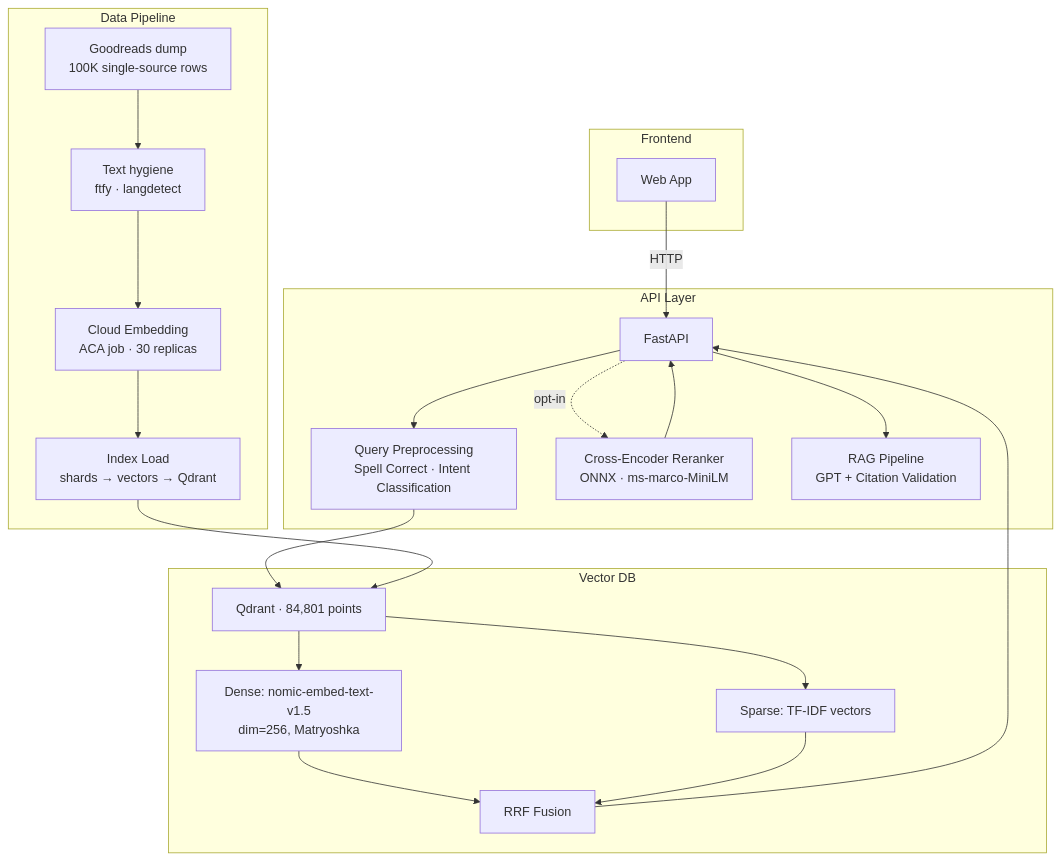
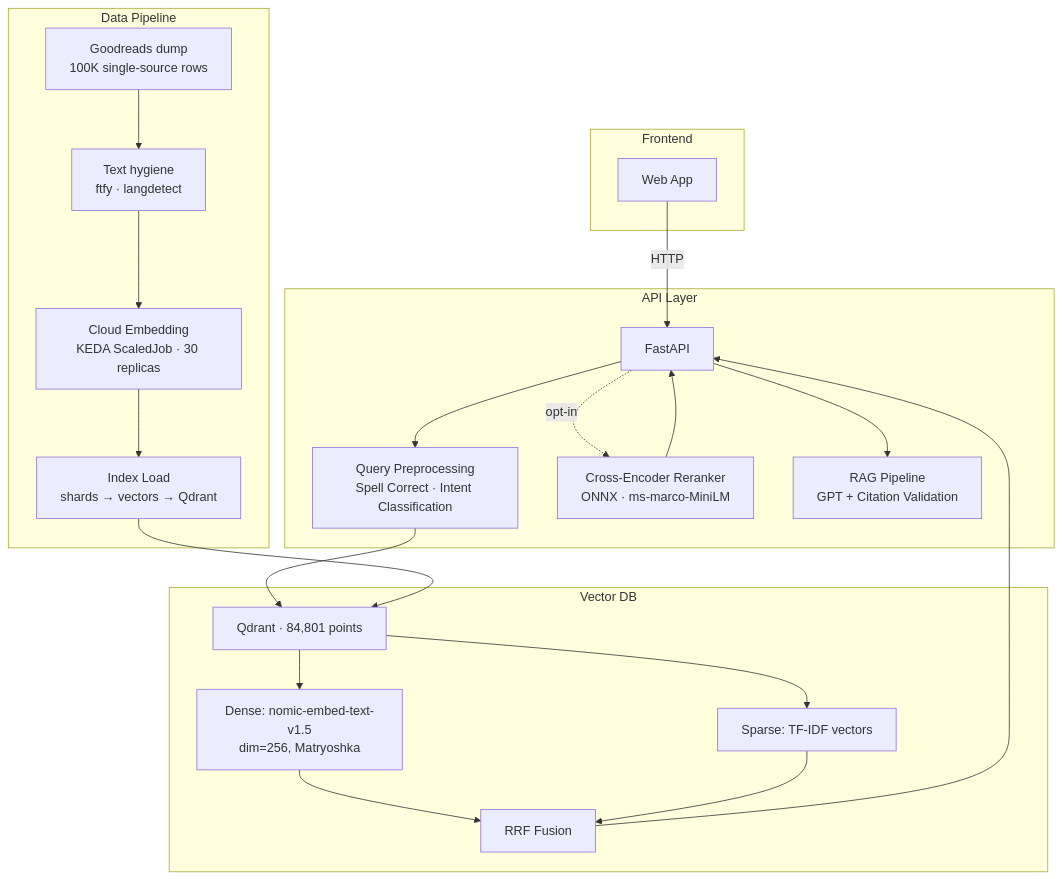
The first of 4 diagrams in README.md (TruaShamu/ai-search), drawn with Mermaid before and after one commit. The commit also changed other lines of this file and 25 other files, not shown here.

````diff
--- a/README.md
+++ b/README.md
@@ -17,36 +17,36 @@
 ```mermaid
 graph TD
     subgraph Frontend
         UI[Web App]
     end
 
     subgraph API Layer
         FP[FastAPI]
         QU[Query Preprocessing<br/>Spell Correct · Intent Classification]
         RR[Cross-Encoder Reranker<br/>ONNX · ms-marco-MiniLM]
         RAG[RAG Pipeline<br/>GPT + Citation Validation]
     end
 
     subgraph Vector DB
         QD[Qdrant · 84,801 points]
         DV[Dense: nomic-embed-text-v1.5<br/>dim=256, Matryoshka]
         SV[Sparse: TF-IDF vectors]
         RRF[RRF Fusion]
     end
 
     subgraph Data Pipeline
         GR[Goodreads dump<br/>100K single-source rows]
         HY[Text hygiene<br/>ftfy · langdetect]
-        EMB[Cloud Embedding<br/>ACA job · 30 replicas]
+        EMB[Cloud Embedding<br/>KEDA ScaledJob · 30 replicas]
         MIG[Index Load<br/>shards → vectors → Qdrant]
     end
 
     UI -->|HTTP| FP
     FP --> QU --> QD
     QD --> DV & SV
     DV & SV --> RRF --> FP
     FP -.->|opt-in| RR --> FP
     FP --> RAG
 
     GR --> HY --> EMB --> MIG --> QD
 ```
````
